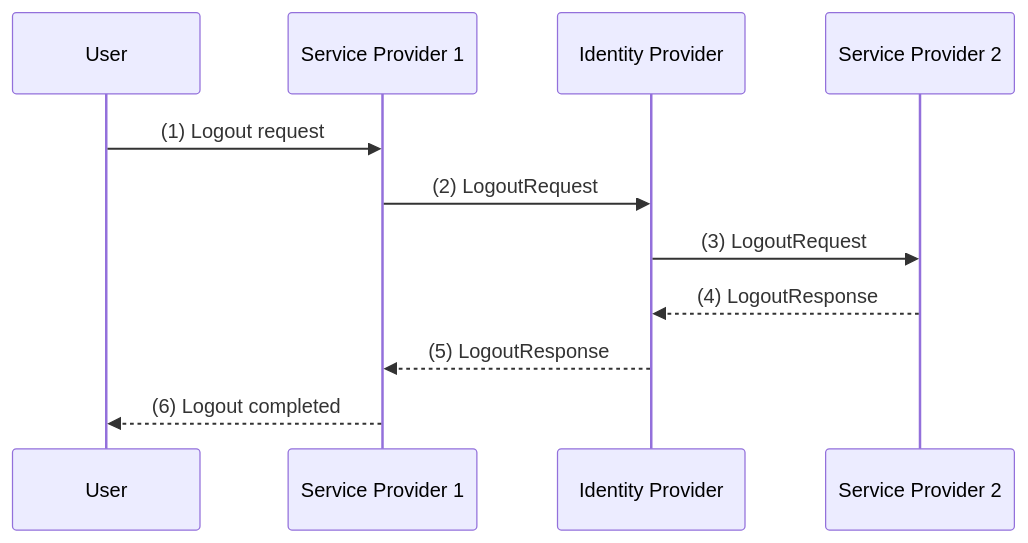
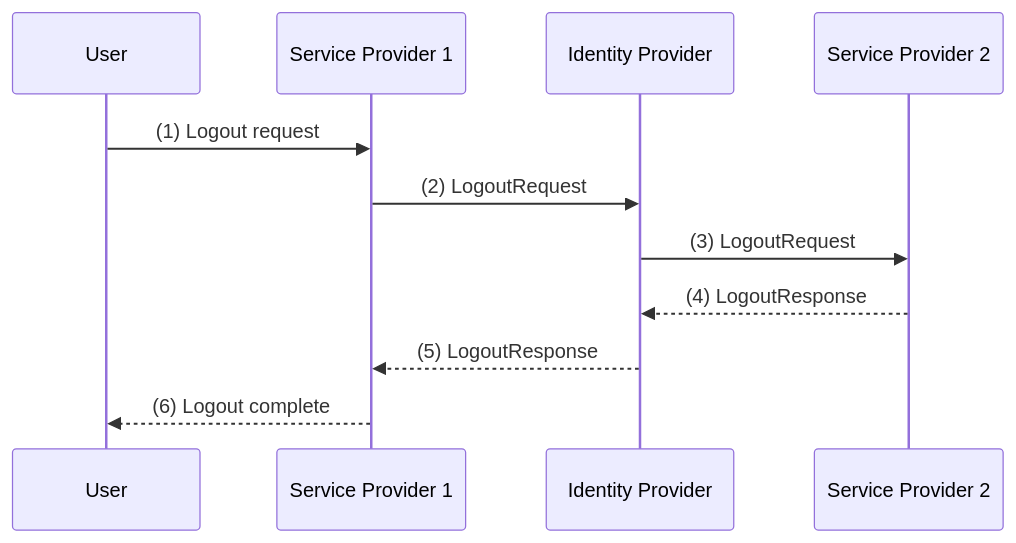
Before and after one commit to bmf-san/bmf-tech: the fourth of 4 diagrams in content/en/posts/saml-2-0-spec-summary.md, drawn with Mermaid. The commit also changed other lines of this file and 425 other files, not shown here.

````diff
--- a/content/en/posts/saml-2-0-spec-summary.md
+++ b/content/en/posts/saml-2-0-spec-summary.md
@@ -305,14 +305,14 @@
 ```mermaid
 sequenceDiagram
     participant U as User
     participant SP1 as Service Provider 1
     participant IdP as Identity Provider
     participant SP2 as Service Provider 2
 
     U->>SP1: (1) Logout request
     SP1->>IdP: (2) LogoutRequest
     IdP->>SP2: (3) LogoutRequest
     SP2-->>IdP: (4) LogoutResponse
     IdP-->>SP1: (5) LogoutResponse
-    SP1-->>U: (6) Logout completed
+    SP1-->>U: (6) Logout complete
 ```
````
